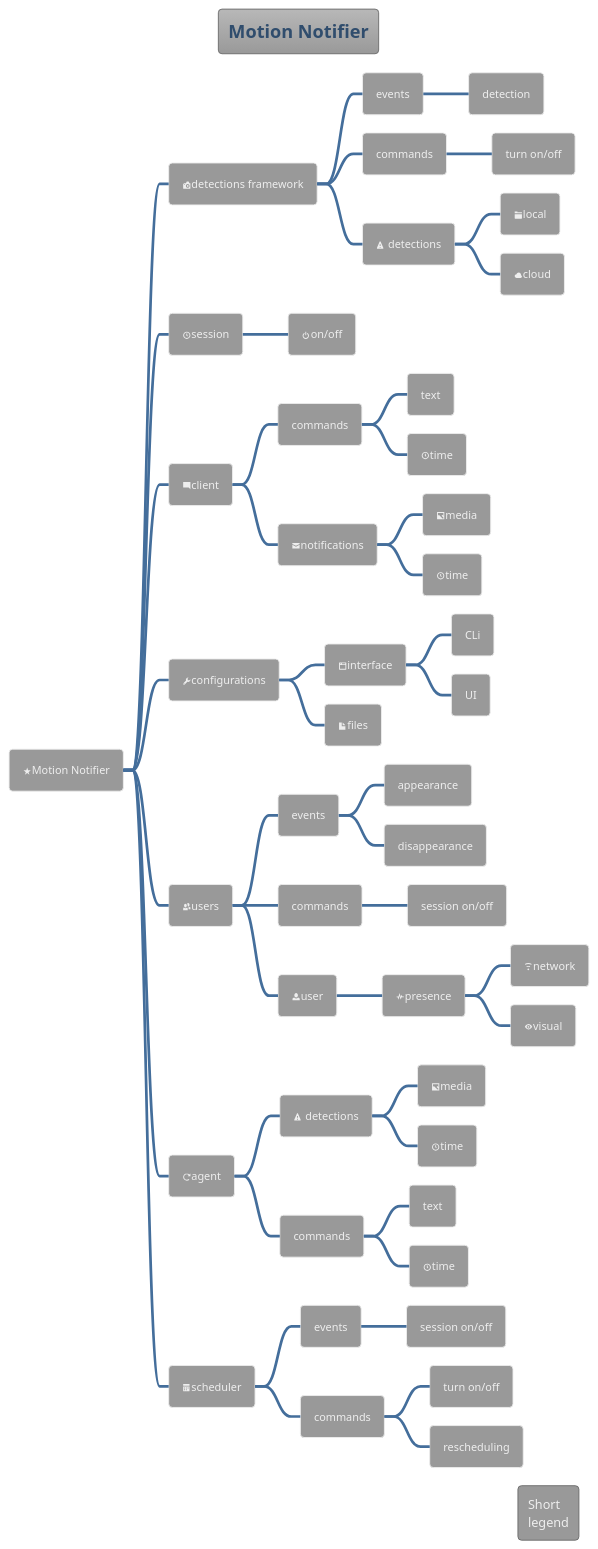
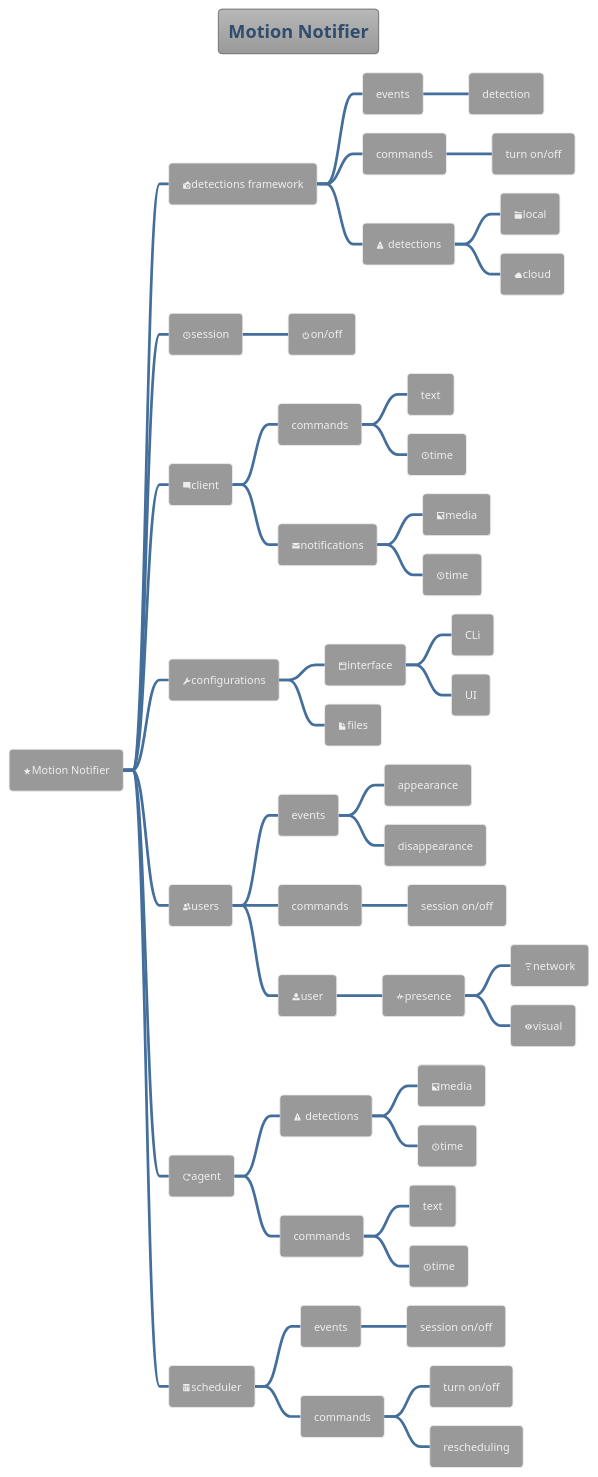
One commit to saratoga8/motion_notifier changed the diagram in docs/mind.puml. Above: the diagram before and after it, drawn with PlantUML. The commit also changed 5 other files, not shown here.

```diff
--- a/docs/mind.puml
+++ b/docs/mind.puml
@@ -1,58 +1,54 @@
 @startmindmap
 'https://plantuml.com/mindmap-diagram
 
 !theme spacelab
 
 title Motion Notifier
 
 * <&star>Motion Notifier
 ** <&camera-slr>detections framework
 *** events
 **** detection
 *** commands
 **** turn on/off
 *** <&warning> detections
 **** <&folder>local
 **** <&cloud>cloud
 ** <&clock>session
 *** <&power-standby>on/off
 ** <&comment-square>client
 *** commands
 **** text
 **** <&clock>time
 *** <&envelope-closed>notifications
 **** <&image>media
 **** <&clock>time
 ** <&wrench>configurations
 *** <&browser>interface
 **** CLi
 **** UI
 *** <&file>files
 ** <&people>users
 *** events
 **** appearance
 **** disappearance
 *** commands
 **** session on/off
 *** <&person>user
 **** <&pulse>presence
 ***** <&wifi>network
 ***** <&eye>visual
 ** <&reload>agent
 *** <&warning> detections
 **** <&image>media
 **** <&clock>time
 *** commands
 **** text
 **** <&clock>time
 ** <&calendar>scheduler
 *** events
 **** session on/off
 *** commands
 **** turn on/off
 **** rescheduling
-legend right
-  Short
-  legend
-endlegend
 @endmindmap
```
